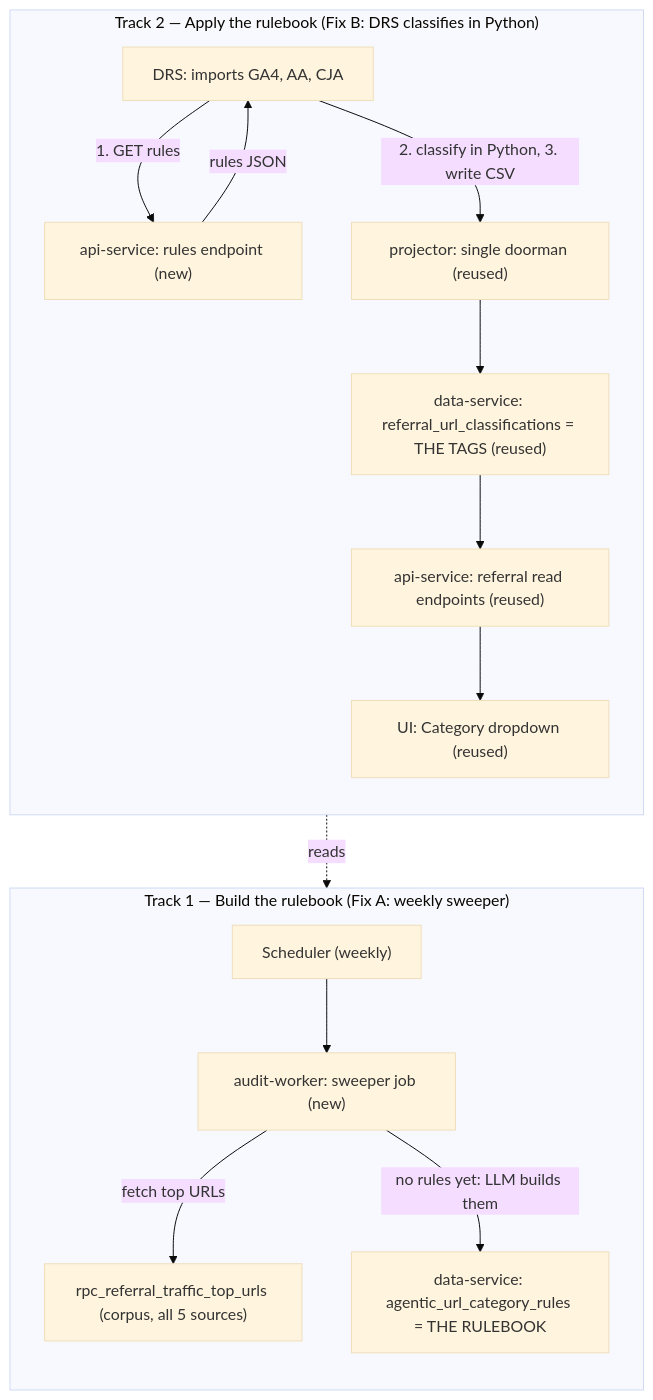
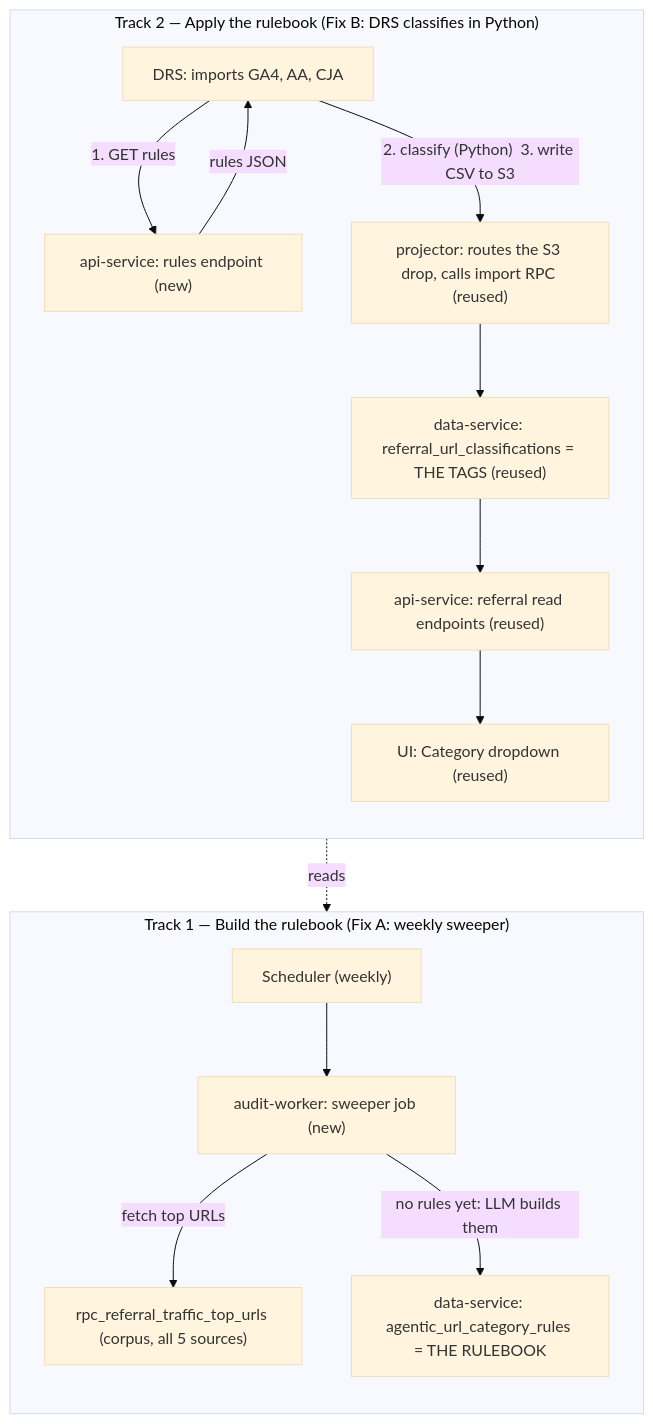
Before and after one commit to adobe/spacecat-audit-worker: the diagram in docs/specs/2026-07-26-referral-category-drs-generation.md, drawn with Mermaid (base theme). The commit also changed other lines of this file, not shown here.

Commit message:
docs(referral-traffic): clarify DRS->projector transport (S3 drop -> import RPC)
Addresses MysticatBot's non-blocking nit on #2817: makes the hand-off
mechanism explicit in the diagram + a note, so the DRS team isn't confused
about how 'write CSV' reaches the projector (same S3 path as optel/cdn).

````diff
--- a/docs/specs/2026-07-26-referral-category-drs-generation.md
+++ b/docs/specs/2026-07-26-referral-category-drs-generation.md
@@ -42,21 +42,21 @@
 ```mermaid
 flowchart TB
   subgraph TRACK1["Track 1 — Build the rulebook (Fix A: weekly sweeper)"]
     direction TB
     SCH["Scheduler (weekly)"] --> SW["audit-worker: sweeper job (new)"]
     SW -->|"fetch top URLs"| CORP["rpc_referral_traffic_top_urls (corpus, all 5 sources)"]
     SW -->|"no rules yet: LLM builds them"| RB["data-service: agentic_url_category_rules = THE RULEBOOK"]
   end
 
   subgraph TRACK2["Track 2 — Apply the rulebook (Fix B: DRS classifies in Python)"]
     direction TB
     DRS["DRS: imports GA4, AA, CJA"] -->|"1. GET rules"| EP["api-service: rules endpoint (new)"]
     EP -->|"rules JSON"| DRS
-    DRS -->|"2. classify in Python, 3. write CSV"| PROJ["projector: single doorman (reused)"]
+    DRS -->|"2. classify (Python)  3. write CSV to S3"| PROJ["projector: routes the S3 drop, calls import RPC (reused)"]
     PROJ --> CLS["data-service: referral_url_classifications = THE TAGS (reused)"]
     CLS --> API["api-service: referral read endpoints (reused)"]
     API --> UI["UI: Category dropdown (reused)"]
   end
 
   EP -.->|"reads"| RB
 ```
````
